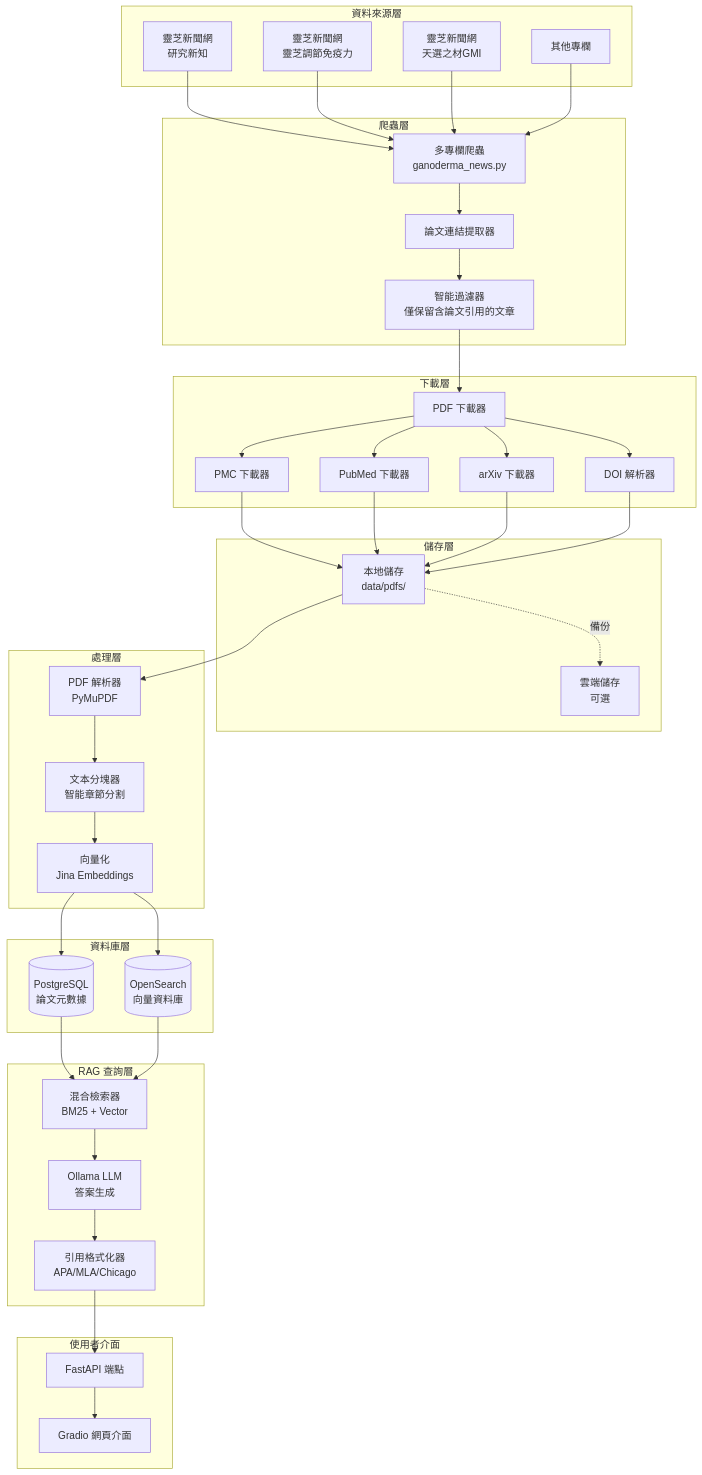
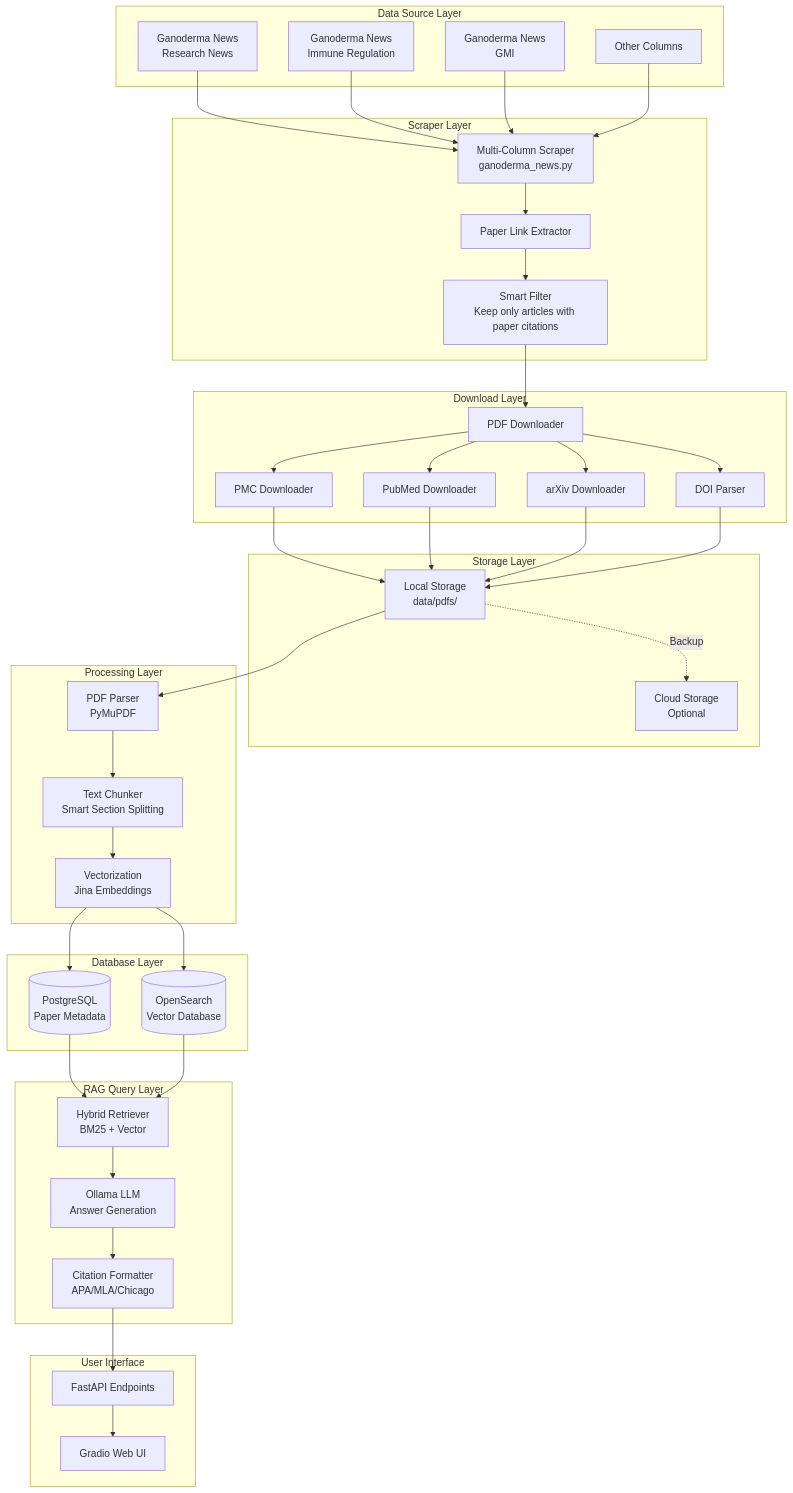
The first of 4 diagrams in docs/SYSTEM_OVERVIEW.md (hanssusansu/Ganoderma-Paper-RAG-System-), drawn with Mermaid before and after one commit. The commit also changed other lines of this file and 26 other files, not shown here.

````diff
--- a/docs/SYSTEM_OVERVIEW.md
+++ b/docs/SYSTEM_OVERVIEW.md
@@ -32,78 +32,78 @@
 ```mermaid
 graph TB
-    subgraph "資料來源層"
-        A1[靈芝新聞網<br/>研究新知]
-        A2[靈芝新聞網<br/>靈芝調節免疫力]
-        A3[靈芝新聞網<br/>天選之材GMI]
-        A4[其他專欄]
+    subgraph "Data Source Layer"
+        A1[Ganoderma News<br/>Research News]
+        A2[Ganoderma News<br/>Immune Regulation]
+        A3[Ganoderma News<br/>GMI]
+        A4[Other Columns]
     end
     
-    subgraph "爬蟲層"
-        B[多專欄爬蟲<br/>ganoderma_news.py]
-        C[論文連結提取器]
-        D[智能過濾器<br/>僅保留含論文引用的文章]
+    subgraph "Scraper Layer"
+        B[Multi-Column Scraper<br/>ganoderma_news.py]
+        C[Paper Link Extractor]
+        D[Smart Filter<br/>Keep only articles with paper citations]
     end
     
-    subgraph "下載層"
-        E[PDF 下載器]
-        F1[PMC 下載器]
-        F2[PubMed 下載器]
-        F3[arXiv 下載器]
-        F4[DOI 解析器]
+    subgraph "Download Layer"
+        E[PDF Downloader]
+        F1[PMC Downloader]
+        F2[PubMed Downloader]
+        F3[arXiv Downloader]
+        F4[DOI Parser]
     end
     
-    subgraph "儲存層"
-        G1[本地儲存<br/>data/pdfs/]
-        G2[雲端儲存<br/>可選]
+    subgraph "Storage Layer"
+        G1[Local Storage<br/>data/pdfs/]
+        G2[Cloud Storage<br/>Optional]
     end
     
-    subgraph "處理層"
-        H[PDF 解析器<br/>PyMuPDF]
-        I[文本分塊器<br/>智能章節分割]
-        J[向量化<br/>Jina Embeddings]
+    subgraph "Processing Layer"
+        H[PDF Parser<br/>PyMuPDF]
+        I[Text Chunker<br/>Smart Section Splitting]
+        J[Vectorization<br/>Jina Embeddings]
     end
     
-    subgraph "資料庫層"
-        K[(PostgreSQL<br/>論文元數據)]
-        L[(OpenSearch<br/>向量資料庫)]
+    subgraph "Database Layer"
+        K[(PostgreSQL<br/>Paper Metadata)]
+        L[(OpenSearch<br/>Vector Database)]
     end
     
-    subgraph "RAG 查詢層"
-        M[混合檢索器<br/>BM25 + Vector]
-        N[Ollama LLM<br/>答案生成]
-        O[引用格式化器<br/>APA/MLA/Chicago]
+    subgraph "RAG Query Layer"
+        M[Hybrid Retriever<br/>BM25 + Vector]
+        N[Ollama LLM<br/>Answer Generation]
+        O[Citation Formatter<br/>APA/MLA/Chicago]
     end
     
-    subgraph "使用者介面"
-        P[Gradio 網頁介面]
-        Q[FastAPI 端點]
+    subgraph "User Interface"
+        P[Gradio Web UI]
+        Q[FastAPI Endpoints]
     end
     
     A1 --> B
     A2 --> B
     A3 --> B
     A4 --> B
     B --> C
     C --> D
     D --> E
     E --> F1
     E --> F2
     E --> F3
     E --> F4
     F1 --> G1
     F2 --> G1
     F3 --> G1
     F4 --> G1
-    G1 -.備份.-> G2
+    G1 -.Backup.-> G2
     G1 --> H
     H --> I
     I --> J
     J --> K
     J --> L
     K --> M
     L --> M
     M --> N
     N --> O
     O --> Q
     Q --> P
 ```
````
